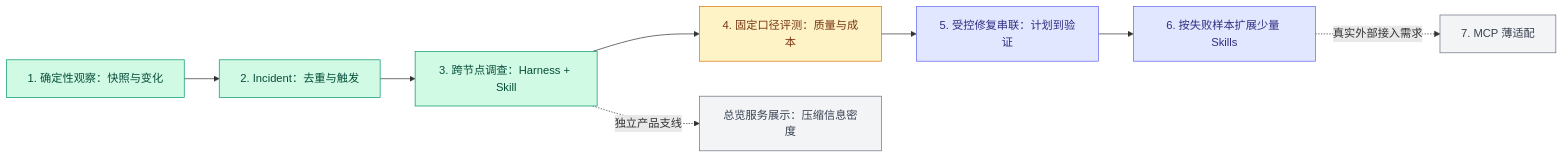
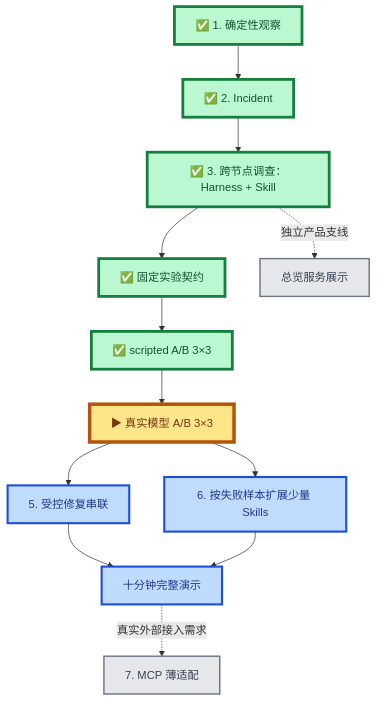
One commit to Sugarfarmeriod/TunnelMinion changed the first of 2 diagrams in docs/project/roadmap.md. Above: the diagram before and after it, drawn with Mermaid. The commit also changed 11 other files, not shown here.

Commit message:
docs: record scripted incident ab evidence

````diff
--- a/docs/project/roadmap.md
+++ b/docs/project/roadmap.md
@@ -8,20 +8,26 @@
 ```mermaid
-flowchart LR
-    A["1. 确定性观察：快照与变化"] --> B["2. Incident：去重与触发"]
-    B --> C["3. 跨节点调查：Harness + Skill"]
-    C --> D["4. 固定口径评测：质量与成本"]
-    D --> E["5. 受控修复串联：计划到验证"]
-    E --> F["6. 按失败样本扩展少量 Skills"]
-    F -.真实外部接入需求.-> G["7. MCP 薄适配"]
+flowchart TB
+    A["✅ 1. 确定性观察"] --> B["✅ 2. Incident"]
+    B --> C["✅ 3. 跨节点调查：Harness + Skill"]
 
-    C -.独立产品支线.-> U["总览服务展示：压缩信息密度"]
+    C --> D1["✅ 固定实验契约"]
+    D1 --> D2["✅ scripted A/B 3×3"]
+    D2 --> D3["▶ 真实模型 A/B 3×3"]
 
-    classDef done fill:#d1fae5,stroke:#059669,color:#064e3b;
-    classDef current fill:#fef3c7,stroke:#d97706,color:#78350f;
-    classDef next fill:#e0e7ff,stroke:#6366f1,color:#312e81;
-    classDef later fill:#f3f4f6,stroke:#6b7280,color:#374151;
-    class A,B,C done;
-    class D current;
-    class E,F next;
+    D3 --> E["5. 受控修复串联"]
+    D3 --> F["6. 按失败样本扩展少量 Skills"]
+    E --> H["十分钟完整演示"]
+    F --> H
+    H -.真实外部接入需求.-> G["7. MCP 薄适配"]
+
+    C -.独立产品支线.-> U["总览服务展示"]
+
+    classDef done fill:#bbf7d0,stroke:#15803d,stroke-width:4px,color:#14532d;
+    classDef current fill:#fde68a,stroke:#b45309,stroke-width:5px,color:#78350f;
+    classDef next fill:#bfdbfe,stroke:#1d4ed8,stroke-width:3px,color:#1e3a8a;
+    classDef later fill:#e5e7eb,stroke:#6b7280,stroke-width:2px,color:#374151;
+    class A,B,C,D1,D2 done;
+    class D3 current;
+    class E,F,H next;
     class G,U later;
 ```
````
